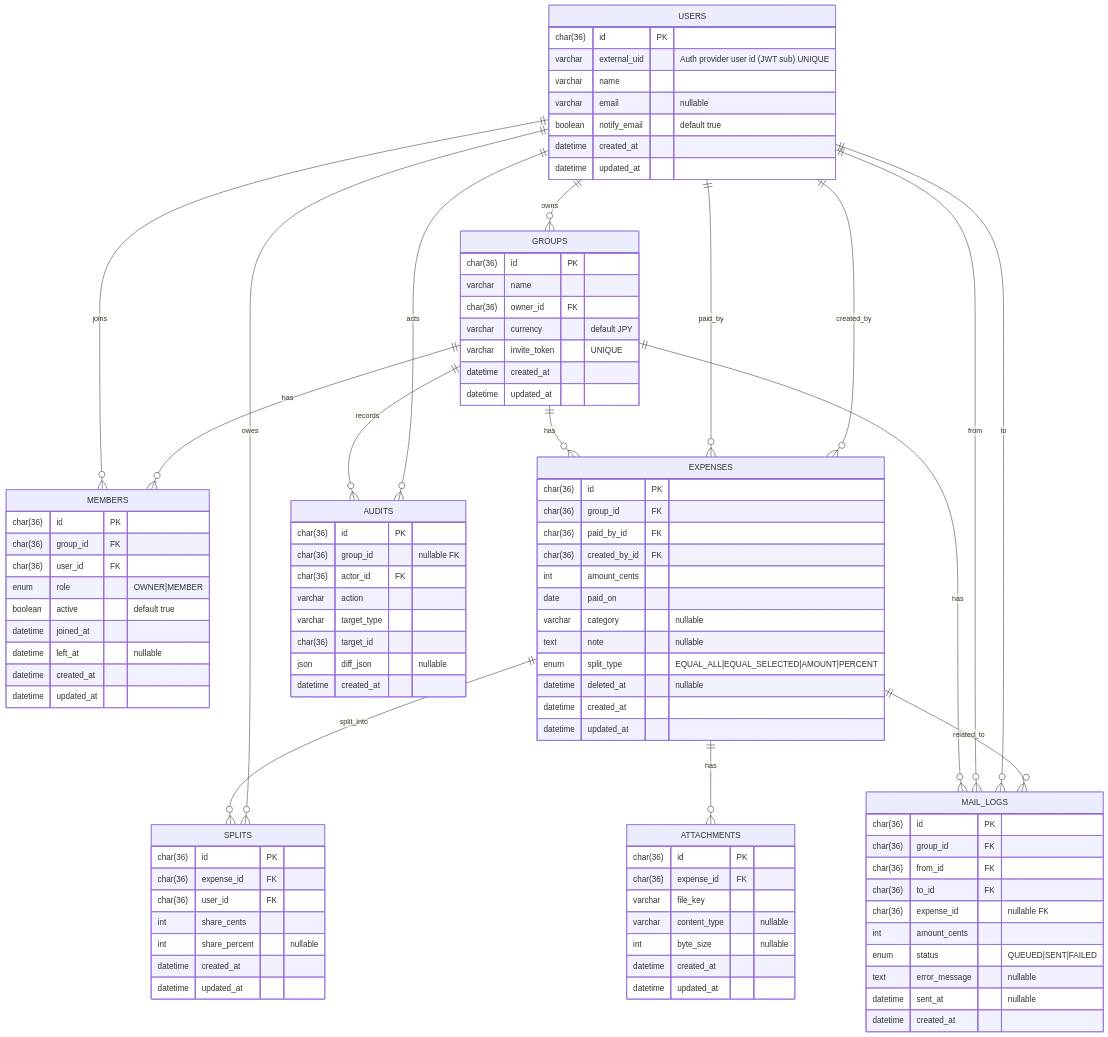
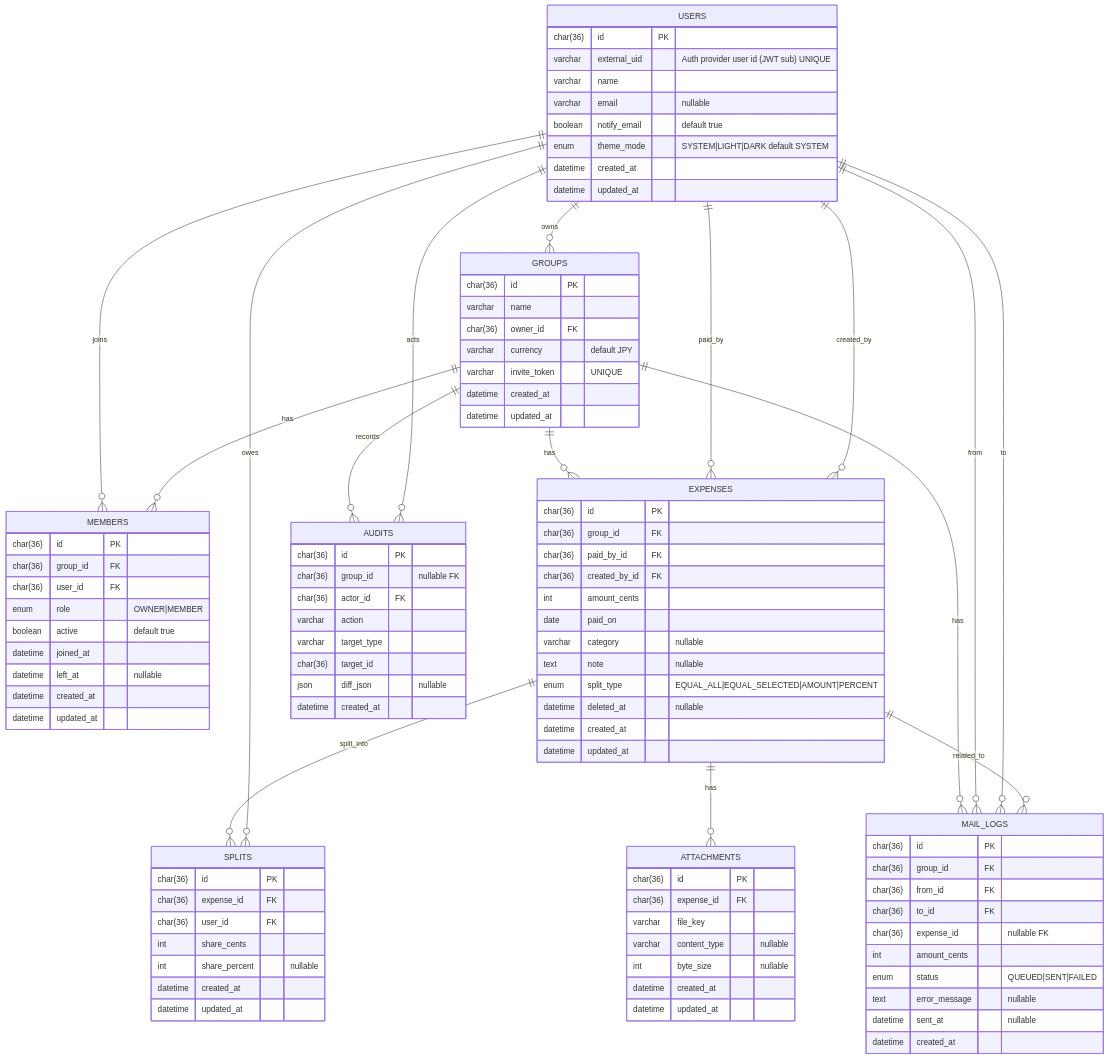
One commit to Kazuya-Sakashita/splitto changed the diagram in doc/er-diagram.md. Above: the diagram before and after it, drawn with Mermaid. The commit also changed other lines of this file, not shown here.

Commit message:
docs: ER図ドキュメントのテーブル説明を整形しtheme_modeとmembers制約方針を追記

```diff
--- a/doc/er-diagram.md
+++ b/doc/er-diagram.md
@@ -27,6 +27,7 @@
     varchar name
     varchar email "nullable"
     boolean notify_email "default true"
+    enum theme_mode "SYSTEM|LIGHT|DARK default SYSTEM"
     datetime created_at
     datetime updated_at
   }
```
